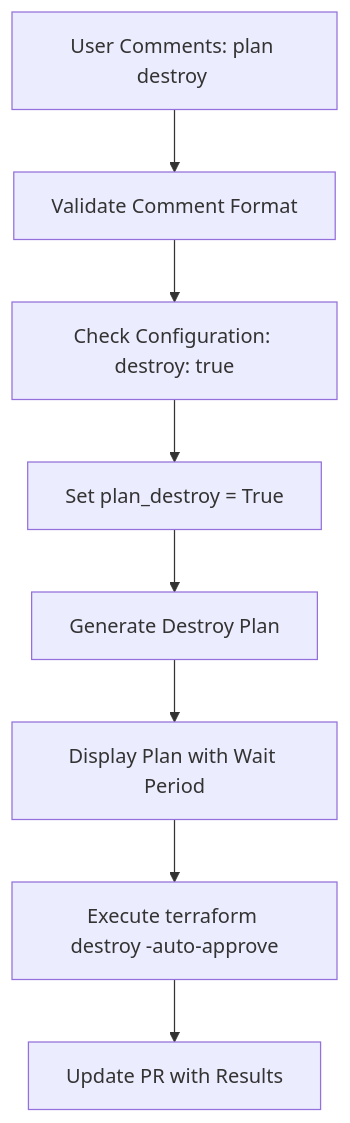
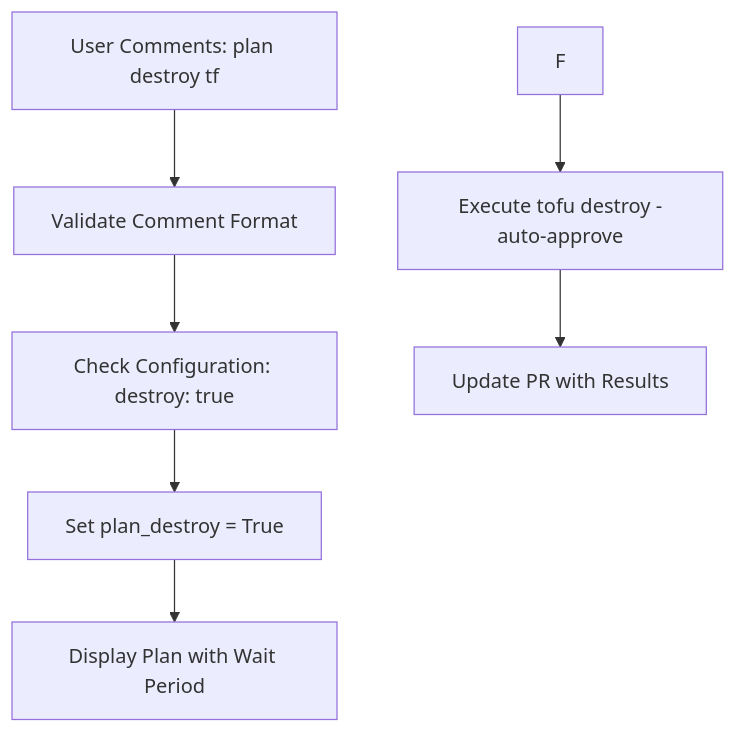
Before and after one commit to config0-hub/iac-ci: the first of 3 diagrams in DETAILS_COMMON_FLOW.md, drawn with Mermaid. The commit also changed other lines of this file and 2 other files, not shown here.

````diff
--- a/DETAILS_COMMON_FLOW.md
+++ b/DETAILS_COMMON_FLOW.md
@@ -40,10 +39,9 @@
 ```mermaid
 graph TD
-    A[User Comments: plan destroy <check_string>] --> B[Validate Comment Format]
+    A[User Comments: plan destroy tf] --> B[Validate Comment Format]
     B --> C[Check Configuration: destroy: true]
     C --> D[Set plan_destroy = True]
-    D --> E[Generate Destroy Plan]
-    E --> F[Display Plan with Wait Period]
-    F --> G[Execute terraform destroy -auto-approve]
+    D --> E[Display Plan with Wait Period]
+    F --> G[Execute tofu destroy -auto-approve]
     G --> H[Update PR with Results]
 ```
````
